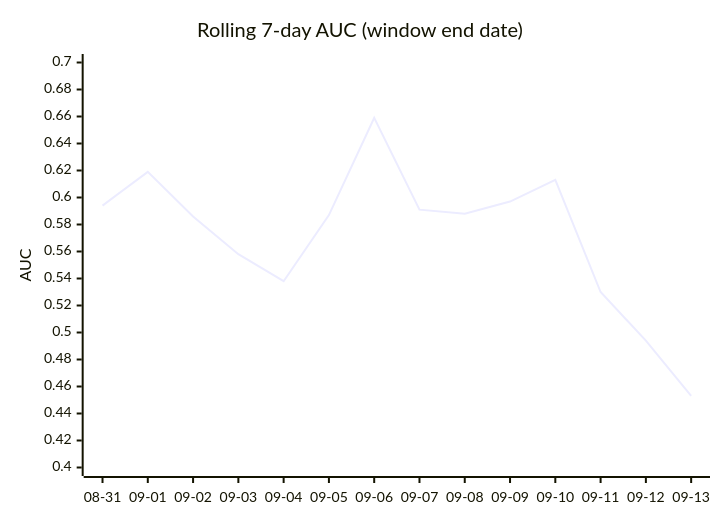
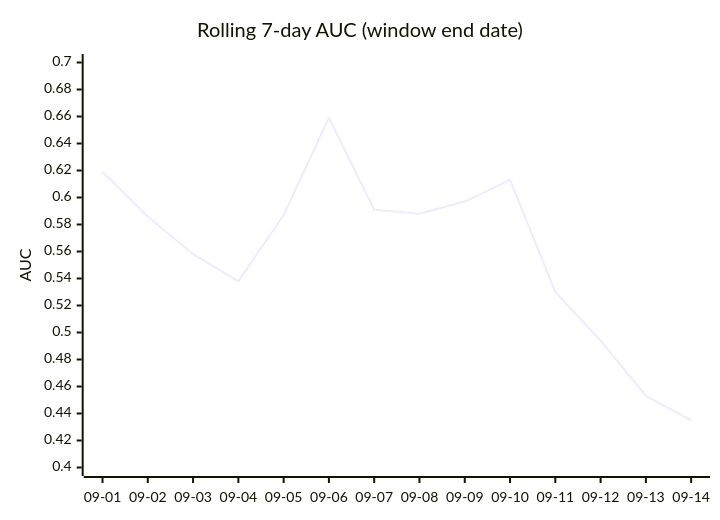
The third of 4 diagrams in DAILY_AGSU_REPORT.md (dpk1212/nhl-savant), drawn with Mermaid before and after one commit. The commit also changed other lines of this file, not shown here.

````diff
--- a/DAILY_AGSU_REPORT.md
+++ b/DAILY_AGSU_REPORT.md
@@ -868,7 +843,7 @@
 ```mermaid
 xychart-beta
     title "Rolling 7-day AUC (window end date)"
-    x-axis ["08-31", "09-01", "09-02", "09-03", "09-04", "09-05", "09-06", "09-07", "09-08", "09-09", "09-10", "09-11", "09-12", "09-13"]
+    x-axis ["09-01", "09-02", "09-03", "09-04", "09-05", "09-06", "09-07", "09-08", "09-09", "09-10", "09-11", "09-12", "09-13", "09-14"]
     y-axis "AUC" 0.4 --> 0.7
-    line [0.594, 0.619, 0.586, 0.558, 0.538, 0.587, 0.659, 0.591, 0.588, 0.597, 0.613, 0.53, 0.494, 0.453]
+    line [0.619, 0.586, 0.558, 0.538, 0.587, 0.659, 0.591, 0.588, 0.597, 0.613, 0.53, 0.494, 0.453, 0.435]
 ```
````
